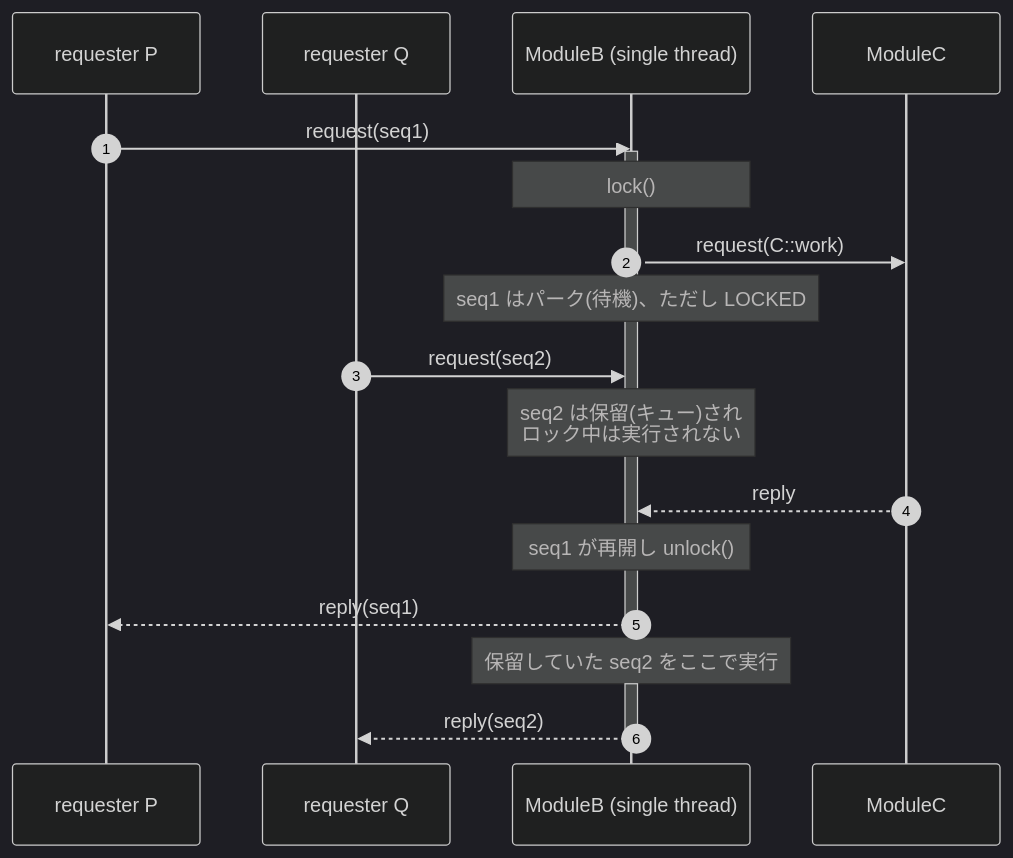
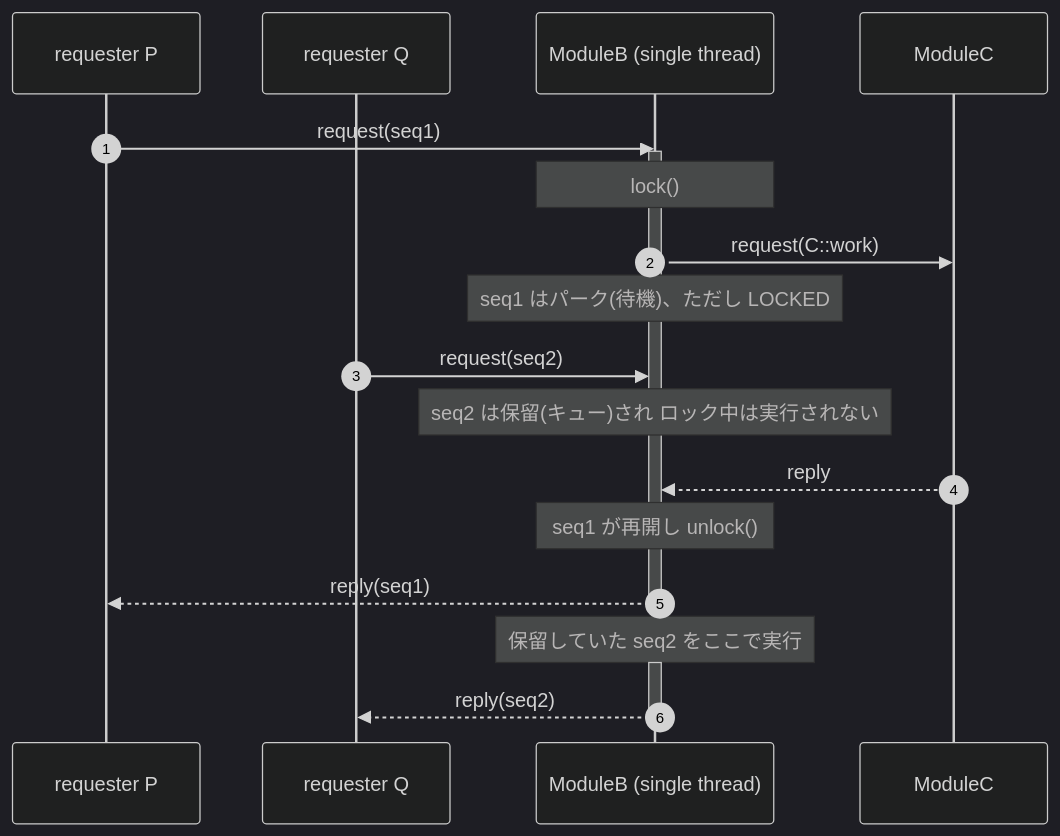
One commit to ysan/coseq changed the third of 3 diagrams in README.ja.md. Above: the diagram before and after it, drawn with Mermaid (dark theme). The commit also changed other lines of this file and 1 other file, not shown here.

Commit message:
docs: fix mermaid notes (remove <br/> that broke GitHub rendering)

````diff
--- a/README.ja.md
+++ b/README.ja.md
@@ -177,24 +177,24 @@
 ```mermaid
 sequenceDiagram
     autonumber
     participant P as requester P
     participant Q as requester Q
     participant B as ModuleB (single thread)
     participant C as ModuleC
 
     P->>B: request(seq1)
     activate B
     Note over B: lock()
     B->>C: request(C::work)
     Note over B: seq1 はパーク(待機)、ただし LOCKED
     Q->>B: request(seq2)
-    Note over B: seq2 は保留(キュー)され<br/>ロック中は実行されない
+    Note over B: seq2 は保留(キュー)され ロック中は実行されない
     C-->>B: reply
     Note over B: seq1 が再開し unlock()
     B-->>P: reply(seq1)
     deactivate B
     Note over B: 保留していた seq2 をここで実行
     activate B
     B-->>Q: reply(seq2)
     deactivate B
 ```
````
